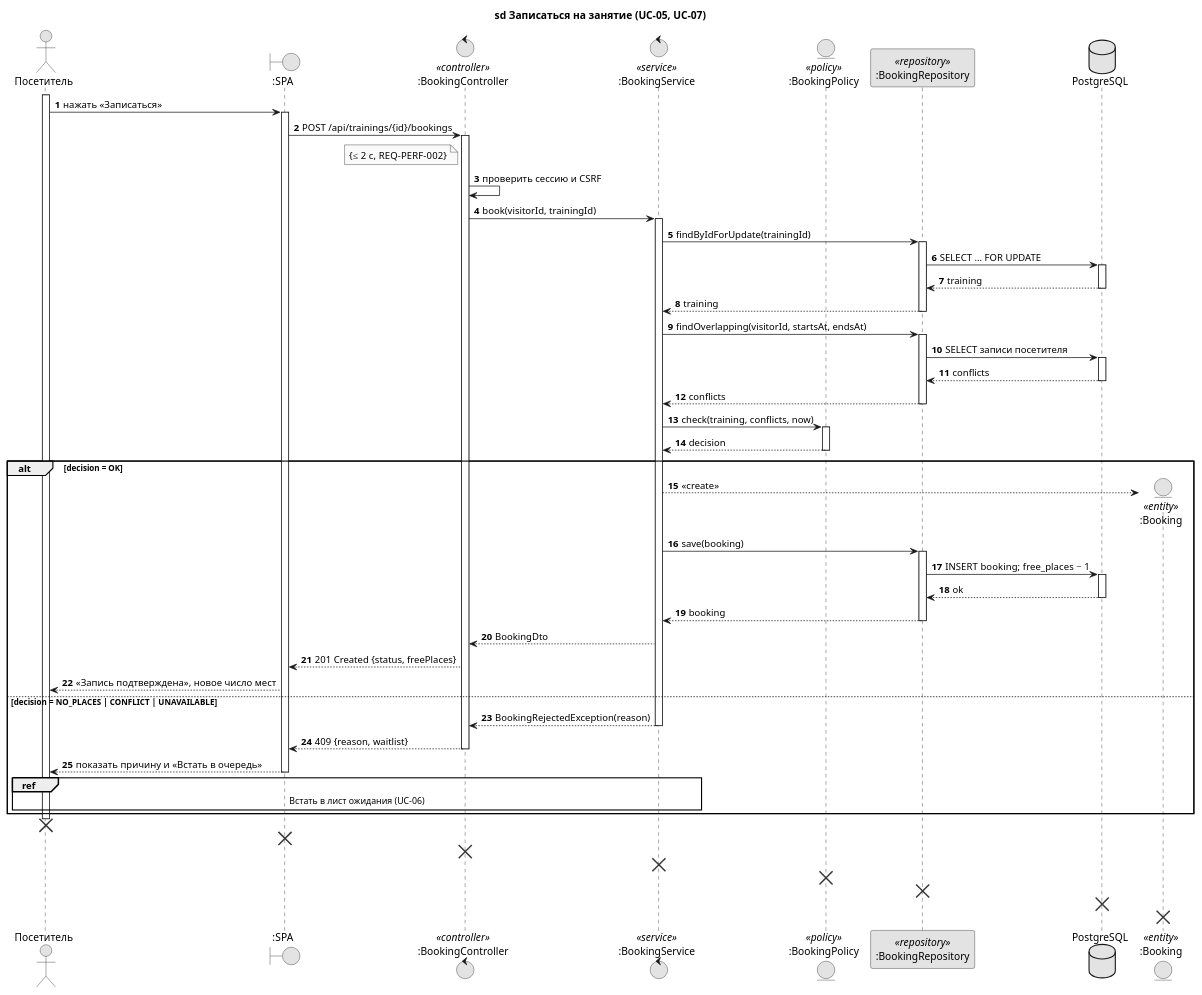
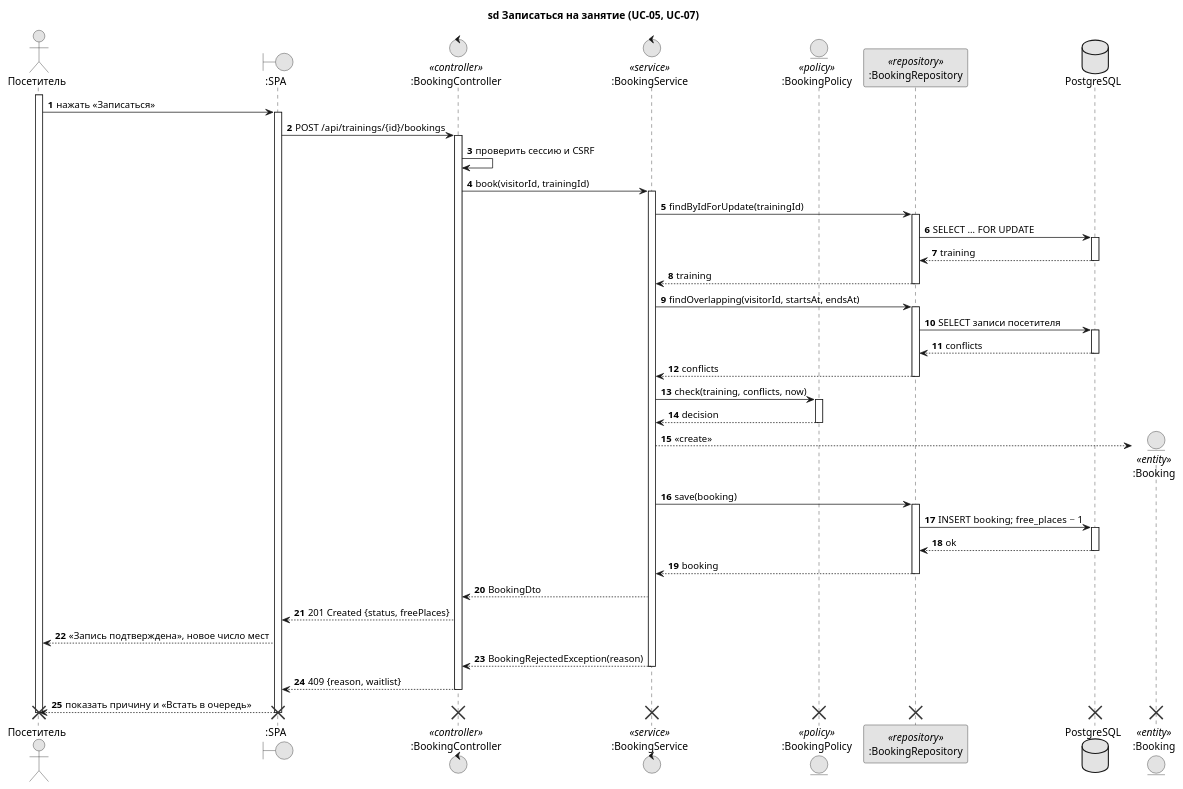
Before and after one commit to BSUIR-SDLC/SDLC: the diagram in docs/uml/diagrams/sequence-booking.puml, drawn with PlantUML. The commit also changed 22 other files, not shown here.

Commit message:
docs(lab6): диаграммы классов, компонентов и развёртывания UML, SDD 0.4, ADR-0008

```diff
--- a/docs/uml/diagrams/sequence-booking.puml
+++ b/docs/uml/diagrams/sequence-booking.puml
@@ -1,81 +1,76 @@
 @startuml sequence-booking
 ' Диаграмма последовательности «Записаться на занятие» (приложение В отчёта ЛР5, лист 1 формата А3)
 ' Прецеденты UC-05, UC-07; REQ-FUNC-007-009, REQ-PERF-002, REQ-REL-001; ADR-0004
 
 skinparam monochrome true
 autonumber
 title sd Записаться на занятие (UC-05, UC-07)
 
 actor "Посетитель" as V
 boundary ":SPA" as SPA
 control ":BookingController" as C <<controller>>
 control ":BookingService" as S <<service>>
 entity ":BookingPolicy" as P <<policy>>
 participant ":BookingRepository" as R <<repository>>
 database "PostgreSQL" as DB
 
 activate V
 V -> SPA : нажать «Записаться»
 activate SPA
 SPA -> C : POST /api/trainings/{id}/bookings
 activate C
-note left of C : {≤ 2 с, REQ-PERF-002}
 C -> C : проверить сессию и CSRF
 C -> S : book(visitorId, trainingId)
 activate S
 S -> R : findByIdForUpdate(trainingId)
 activate R
 R -> DB : SELECT … FOR UPDATE
 activate DB
 DB --> R : training
 deactivate DB
 R --> S : training
 deactivate R
 S -> R : findOverlapping(visitorId, startsAt, endsAt)
 activate R
 R -> DB : SELECT записи посетителя
 activate DB
 DB --> R : conflicts
 deactivate DB
 R --> S : conflicts
 deactivate R
 S -> P : check(training, conflicts, now)
 activate P
 P --> S : decision
 deactivate P
 
-alt decision = OK
-  create entity ":Booking" as B <<entity>>
-  S --> B : <<create>>
-  S -> R : save(booking)
-  activate R
-  R -> DB : INSERT booking; free_places − 1
-  activate DB
-  DB --> R : ok
-  deactivate DB
-  R --> S : booking
-  deactivate R
-  S --> C : BookingDto
-  C --> SPA : 201 Created {status, freePlaces}
-  SPA --> V : «Запись подтверждена», новое число мест
-else decision = NO_PLACES | CONFLICT | UNAVAILABLE
-  S --> C : BookingRejectedException(reason)
-  deactivate S
-  C --> SPA : 409 {reason, waitlist}
-  deactivate C
-  SPA --> V : показать причину и «Встать в очередь»
-  deactivate SPA
-  ref over V, SPA, C, S : Встать в лист ожидания (UC-06)
-end
+create entity ":Booking" as B <<entity>>
+S --> B : <<create>>
+S -> R : save(booking)
+activate R
+R -> DB : INSERT booking; free_places − 1
+activate DB
+DB --> R : ok
+deactivate DB
+R --> S : booking
+deactivate R
+S --> C : BookingDto
+C --> SPA : 201 Created {status, freePlaces}
+SPA --> V : «Запись подтверждена», новое число мест
+S --> C : BookingRejectedException(reason)
+deactivate S
+C --> SPA : 409 {reason, waitlist}
+deactivate C
+SPA --> V : показать причину и «Встать в очередь»
+deactivate SPA
 deactivate V
 
-' уничтожение линий жизни в конце взаимодействия
+' уничтожение линий жизни в конце взаимодействия (крест)
 destroy V
 destroy SPA
 destroy C
 destroy S
 destroy P
 destroy R
 destroy DB
 destroy B
 @enduml
```
